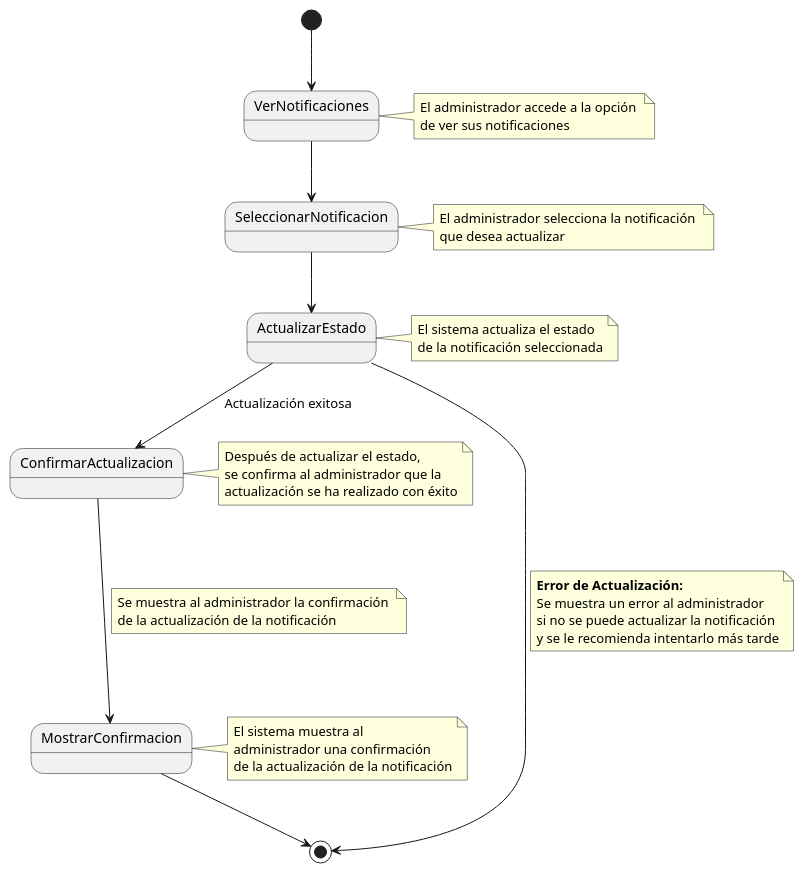
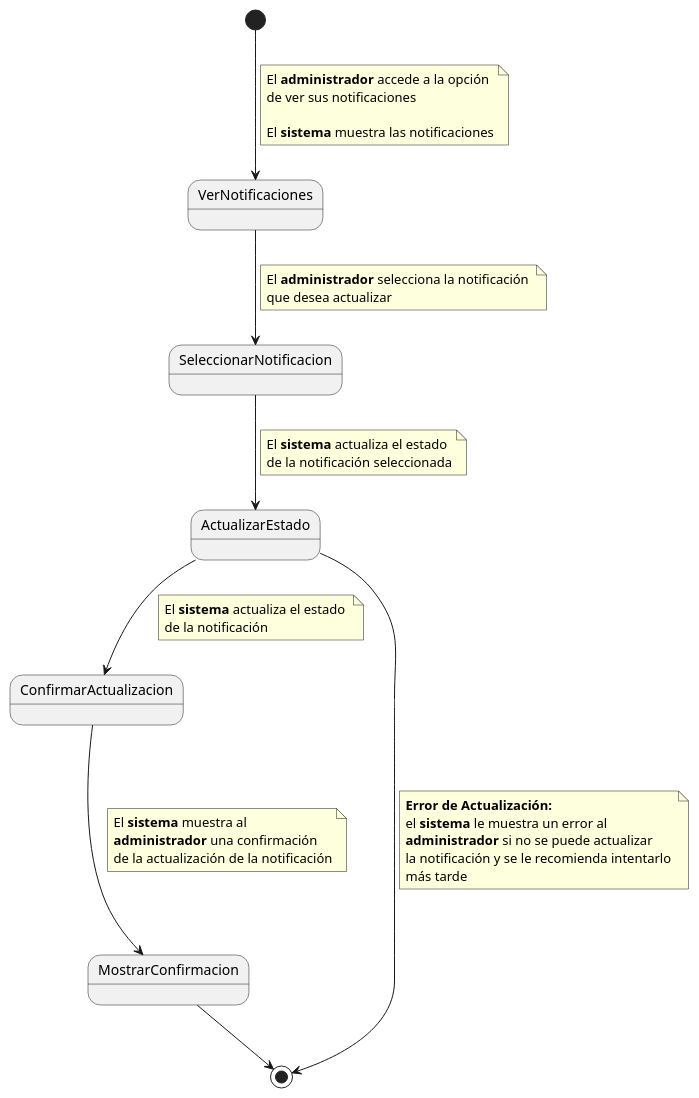
Before and after one commit to pablarce/23-24-IdSw1-SDR: the diagram in CasosDeUso/CduDetallados/CduNotficaciones/ActualizarNotificacions.puml, drawn with PlantUML. The commit also changed 1 other file, not shown here.

Commit message:
Cambios a CDU ActualizarNotificacions

```diff
--- a/CasosDeUso/CduDetallados/CduNotficaciones/ActualizarNotificacions.puml
+++ b/CasosDeUso/CduDetallados/CduNotficaciones/ActualizarNotificacions.puml
@@ -1,48 +1,46 @@
 @startuml
 
 [*] --> VerNotificaciones
-note right of VerNotificaciones
- El administrador accede a la opción 
+note on link
+ El **administrador** accede a la opción 
  de ver sus notificaciones
+
+ El **sistema** muestra las notificaciones
 end note
 
 VerNotificaciones --> SeleccionarNotificacion
-note right of SeleccionarNotificacion
- El administrador selecciona la notificación 
+note on link
+ El **administrador** selecciona la notificación 
  que desea actualizar
 end note
 
 SeleccionarNotificacion --> ActualizarEstado
-note right of ActualizarEstado
- El sistema actualiza el estado 
+note on link
+ El **sistema** actualiza el estado 
  de la notificación seleccionada
 end note
 
-ActualizarEstado --> ConfirmarActualizacion : Actualización exitosa
-note right of ConfirmarActualizacion
- Después de actualizar el estado, 
- se confirma al administrador que la 
- actualización se ha realizado con éxito
+ActualizarEstado --> ConfirmarActualizacion
+note on link
+ El **sistema** actualiza el estado 
+ de la notificación
 end note
 
 ActualizarEstado --> [*]
 note on link
 **Error de Actualización:**
-Se muestra un error al administrador 
-si no se puede actualizar la notificación
-y se le recomienda intentarlo más tarde
+el **sistema** le muestra un error al 
+**administrador** si no se puede actualizar 
+la notificación y se le recomienda intentarlo 
+más tarde
 end note
 
 ConfirmarActualizacion ---> MostrarConfirmacion
-note  on  link
-Se muestra al administrador la confirmación 
-de la actualización de la notificación
-end note
-note right of MostrarConfirmacion
-El sistema muestra al 
-administrador una confirmación 
+note on link
+El **sistema** muestra al 
+**administrador** una confirmación 
 de la actualización de la notificación
 end note
 
 MostrarConfirmacion --> [*]
 @enduml
```
